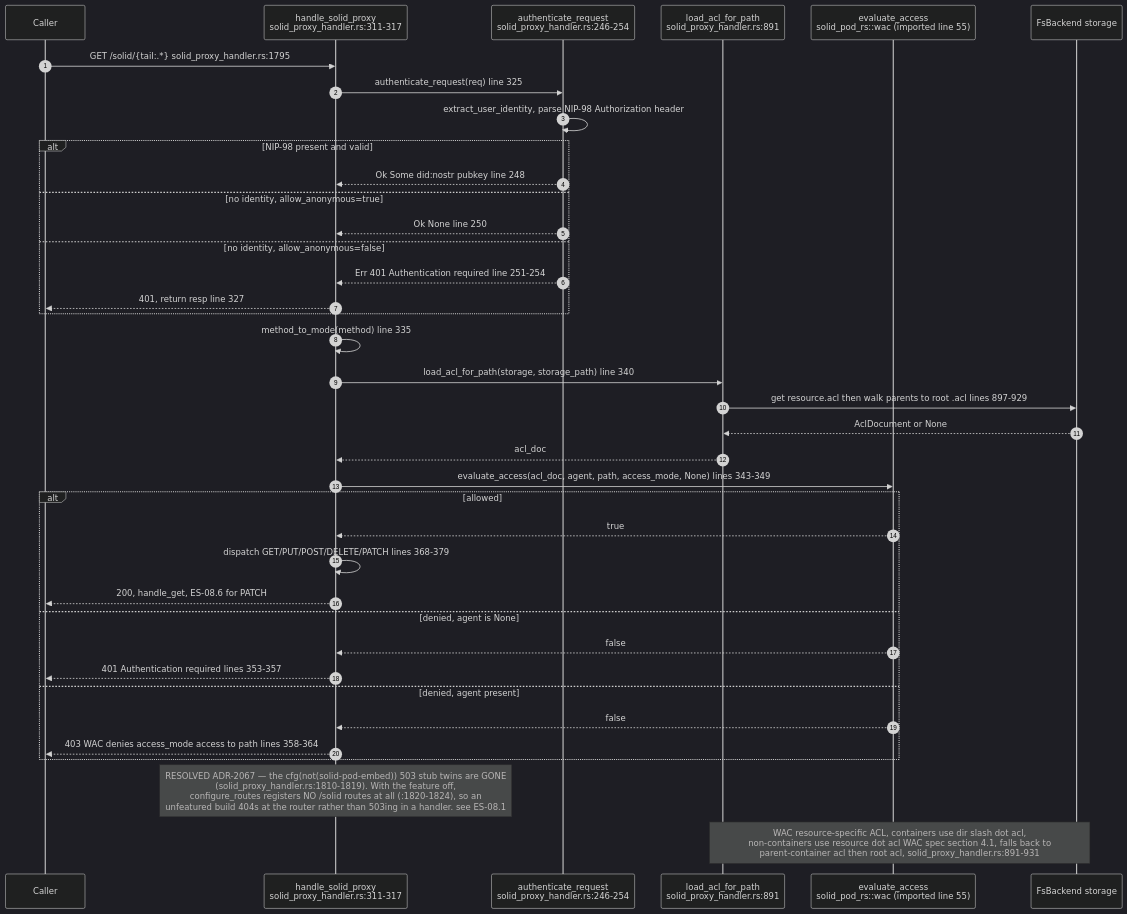
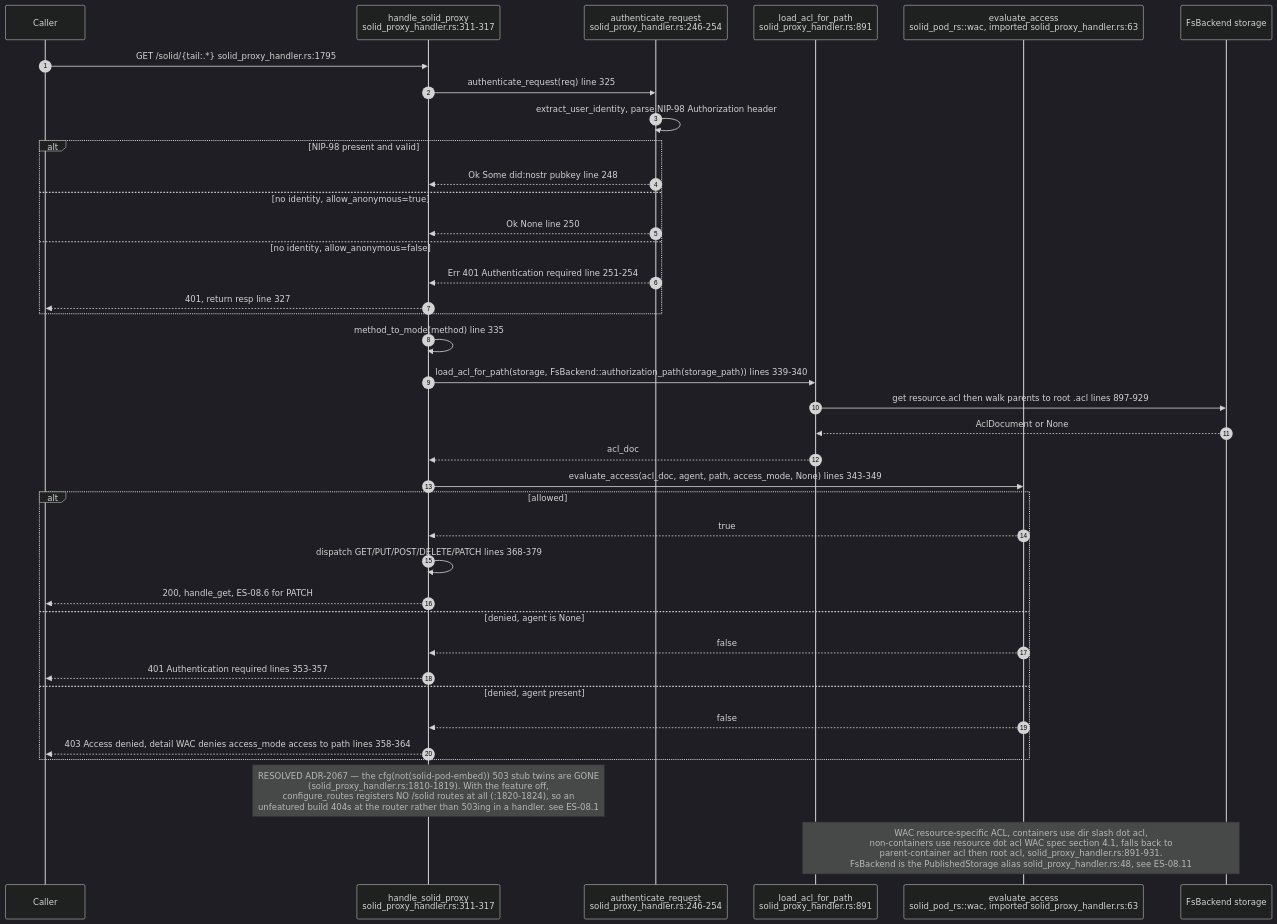
Before and after one commit to DreamLab-AI/VisionFlow: the fourth of 13 diagrams in docs/diagrams/estate/08-solid-pod-estate.md, drawn with Mermaid (dark theme). The commit also changed other lines of this file and 91 other files, not shown here.

````diff
--- a/docs/diagrams/estate/08-solid-pod-estate.md
+++ b/docs/diagrams/estate/08-solid-pod-estate.md
@@ -174,44 +180,44 @@
 ```mermaid
 sequenceDiagram
     autonumber
     participant C as Caller
     participant H as handle_solid_proxy<br/>solid_proxy_handler.rs:311-317
     participant AUTH as authenticate_request<br/>solid_proxy_handler.rs:246-254
     participant ACL as load_acl_for_path<br/>solid_proxy_handler.rs:891
-    participant WAC as evaluate_access<br/>solid_pod_rs::wac (imported line 55)
+    participant WAC as evaluate_access<br/>solid_pod_rs::wac, imported solid_proxy_handler.rs:63
     participant FS as FsBackend storage
 
     C->>H: GET /solid/{tail:.*} solid_proxy_handler.rs:1795
     H->>AUTH: authenticate_request(req) line 325
     AUTH->>AUTH: extract_user_identity, parse NIP-98 Authorization header
     alt NIP-98 present and valid
         AUTH-->>H: Ok Some did:nostr pubkey line 248
     else no identity, allow_anonymous=true
         AUTH-->>H: Ok None line 250
     else no identity, allow_anonymous=false
         AUTH-->>H: Err 401 Authentication required line 251-254
         H-->>C: 401, return resp line 327
     end
 
     H->>H: method_to_mode(method) line 335
-    H->>ACL: load_acl_for_path(storage, storage_path) line 340
+    H->>ACL: load_acl_for_path(storage, FsBackend::authorization_path(storage_path)) lines 339-340
     ACL->>FS: get resource.acl then walk parents to root .acl lines 897-929
     FS-->>ACL: AclDocument or None
     ACL-->>H: acl_doc
 
     H->>WAC: evaluate_access(acl_doc, agent, path, access_mode, None) lines 343-349
     alt allowed
         WAC-->>H: true
         H->>H: dispatch GET/PUT/POST/DELETE/PATCH lines 368-379
         H-->>C: 200, handle_get, ES-08.6 for PATCH
     else denied, agent is None
         WAC-->>H: false
         H-->>C: 401 Authentication required lines 353-357
     else denied, agent present
         WAC-->>H: false
-        H-->>C: 403 WAC denies access_mode access to path lines 358-364
+        H-->>C: 403 Access denied, detail WAC denies access_mode access to path lines 358-364
     end
 
     Note over H: RESOLVED ADR-2067 — the cfg(not(solid-pod-embed)) 503 stub twins are GONE<br/>(solid_proxy_handler.rs:1810-1819). With the feature off,<br/>configure_routes registers NO /solid routes at all (:1820-1824), so an<br/>unfeatured build 404s at the router rather than 503ing in a handler. see ES-08.1
-    Note over ACL,FS: WAC resource-specific ACL, containers use dir slash dot acl,<br/>non-containers use resource dot acl WAC spec section 4.1, falls back to<br/>parent-container acl then root acl, solid_proxy_handler.rs:891-931
+    Note over ACL,FS: WAC resource-specific ACL, containers use dir slash dot acl,<br/>non-containers use resource dot acl WAC spec section 4.1, falls back to<br/>parent-container acl then root acl, solid_proxy_handler.rs:891-931.<br/>FsBackend is the PublishedStorage alias solid_proxy_handler.rs:48, see ES-08.11
 ```
````
